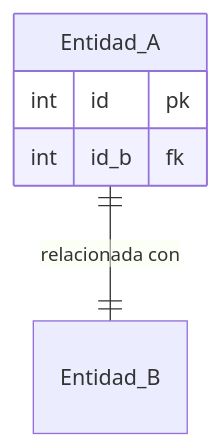
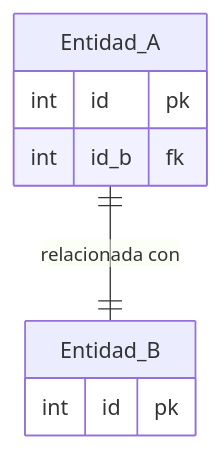
The third of 7 diagrams in docs/GBD/UD 03 - Modelo relacional/Transformación M ER - M relacional.md (mmourazos/Curso-2024-2025), drawn with Mermaid before and after one commit. The commit also changed other lines of this file and 1 other file, not shown here.

Commit message:
Repaso modelo er a relacional.

````diff
--- a/docs/GBD/UD 03 - Modelo relacional/Transformación M ER - M relacional.md
+++ b/docs/GBD/UD 03 - Modelo relacional/Transformación M ER - M relacional.md
@@ -27,10 +104,14 @@
 ```mermaid
 erDiagram
 
 Entidad_A ||--|| Entidad_B : "relacionada con"
 
 Entidad_A {
-int id pk
-int id_b fk
+  int id pk
+  int id_b fk
+}
+
+Entidad_B {
+  int id pk
 }
 ```
````
